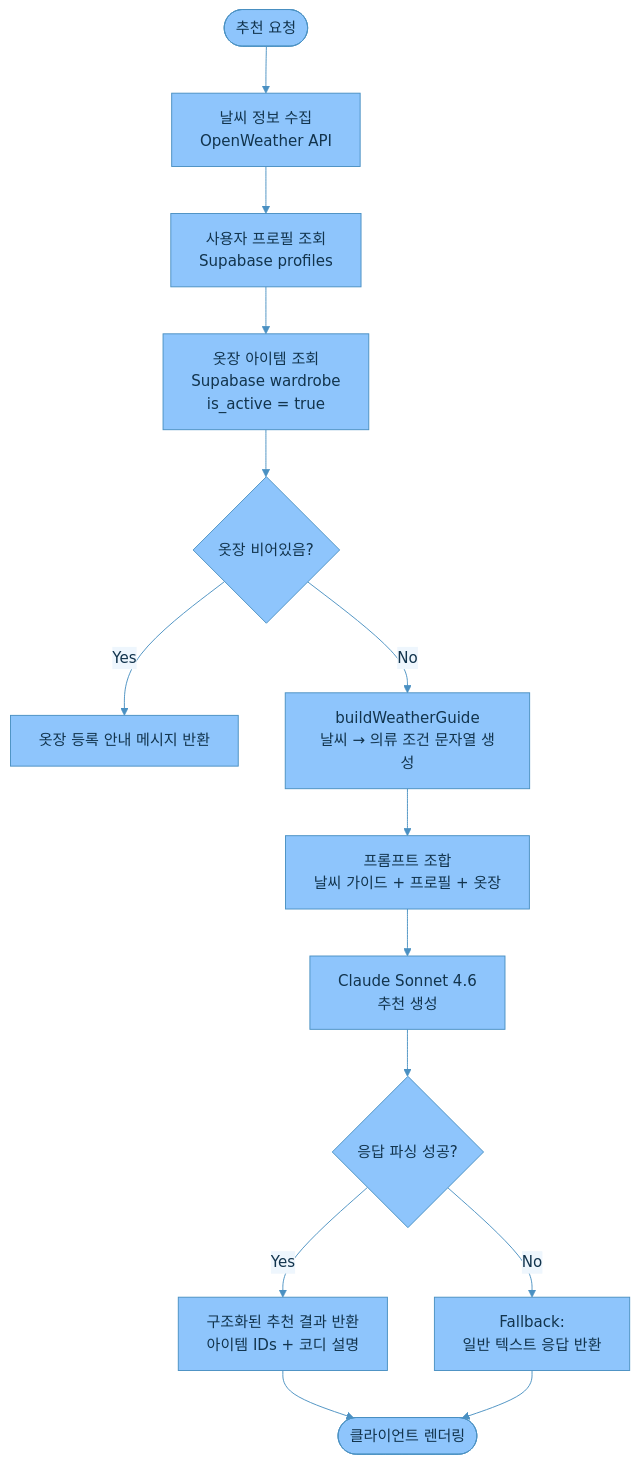
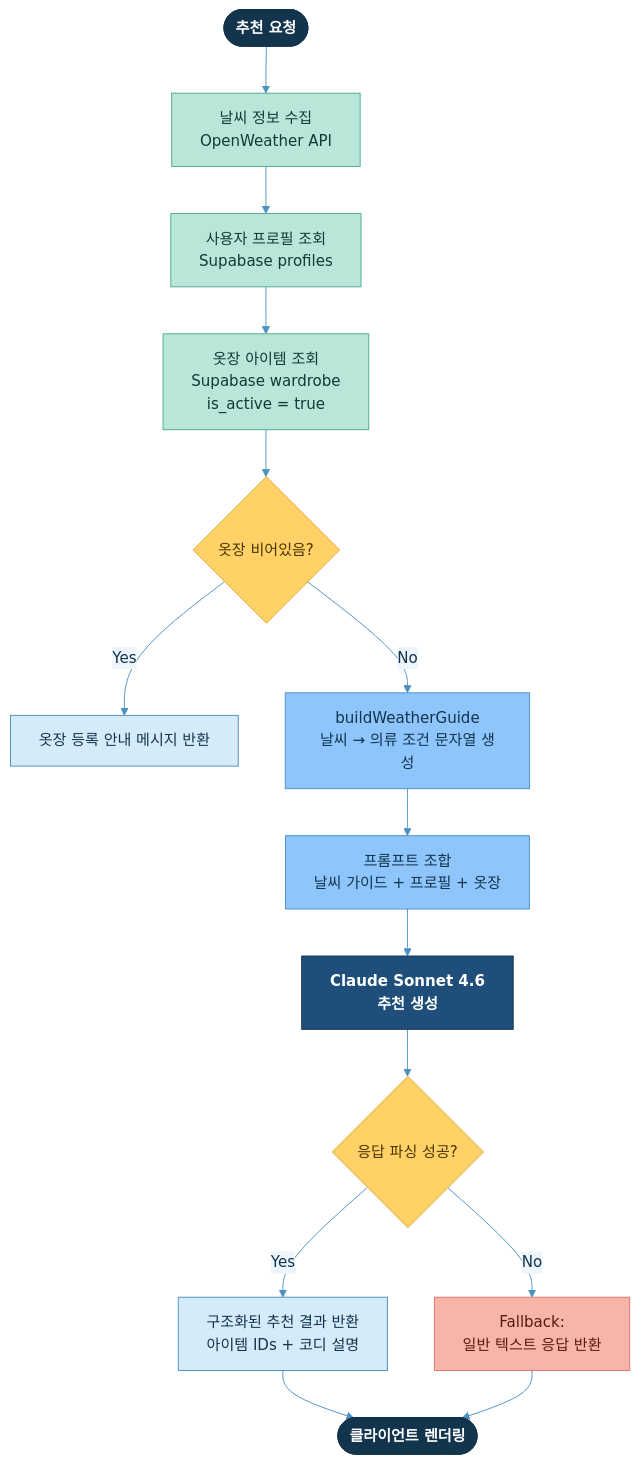
Before and after one commit to young017/weather: the fifth of 5 diagrams in README.md, drawn with Mermaid. The commit also changed other lines of this file, not shown here.

````diff
--- a/README.md
+++ b/README.md
@@ -147,17 +179,25 @@
 ```mermaid
 %%{init: {'theme': 'base', 'themeVariables': {'primaryColor': '#8EC5FC', 'primaryBorderColor': '#4A90C2', 'primaryTextColor': '#12344D', 'secondaryColor': '#D6EBFA', 'tertiaryColor': '#EEF6FD', 'lineColor': '#4A90C2', 'edgeLabelBackground': '#EEF6FD', 'clusterBkg': '#EEF6FD', 'critBkgColor': '#D6EBFA', 'warningBkgColor': '#D6EBFA', 'nodeBorder': '#4A90C2'}}}%%
 flowchart TD
-    A([추천 요청]) --> B[날씨 정보 수집\nOpenWeather API]
-    B --> C[사용자 프로필 조회\nSupabase profiles]
-    C --> D[옷장 아이템 조회\nSupabase wardrobe\nis_active = true]
-    D --> E{옷장 비어있음?}
-    E -- Yes --> F[옷장 등록 안내 메시지 반환]
-    E -- No --> G[buildWeatherGuide\n날씨 → 의류 조건 문자열 생성]
-    G --> H[프롬프트 조합\n날씨 가이드 + 프로필 + 옷장]
-    H --> I[Claude Sonnet 4.6\n추천 생성]
-    I --> J{응답 파싱 성공?}
-    J -- No --> K[Fallback:\n일반 텍스트 응답 반환]
-    J -- Yes --> L[구조화된 추천 결과 반환\n아이템 IDs + 코디 설명]
-    L --> M([클라이언트 렌더링])
+    A([추천 요청]):::term --> B[날씨 정보 수집\nOpenWeather API]:::fetch
+    B --> C[사용자 프로필 조회\nSupabase profiles]:::fetch
+    C --> D[옷장 아이템 조회\nSupabase wardrobe\nis_active = true]:::fetch
+    D --> E{옷장 비어있음?}:::decide
+    E -- Yes --> F[옷장 등록 안내 메시지 반환]:::out
+    E -- No --> G[buildWeatherGuide\n날씨 → 의류 조건 문자열 생성]:::proc
+    G --> H[프롬프트 조합\n날씨 가이드 + 프로필 + 옷장]:::proc
+    H --> I[Claude Sonnet 4.6\n추천 생성]:::ai
+    I --> J{응답 파싱 성공?}:::decide
+    J -- No --> K[Fallback:\n일반 텍스트 응답 반환]:::warn
+    J -- Yes --> L[구조화된 추천 결과 반환\n아이템 IDs + 코디 설명]:::out
+    L --> M([클라이언트 렌더링]):::term
     K --> M
+
+    classDef term   fill:#12344D,stroke:#12344D,color:#FFFFFF,font-weight:bold
+    classDef fetch  fill:#B8E6D9,stroke:#4FA88F,color:#0F3D32
+    classDef decide fill:#FFD166,stroke:#E0A82E,color:#4A3500
+    classDef proc   fill:#8EC5FC,stroke:#4A90C2,color:#12344D
+    classDef ai     fill:#1E4E79,stroke:#12344D,color:#FFFFFF,font-weight:bold
+    classDef out    fill:#D6EBFA,stroke:#4A90C2,color:#12344D
+    classDef warn   fill:#F8B4A9,stroke:#D9776A,color:#5A1A12
 ```
````
